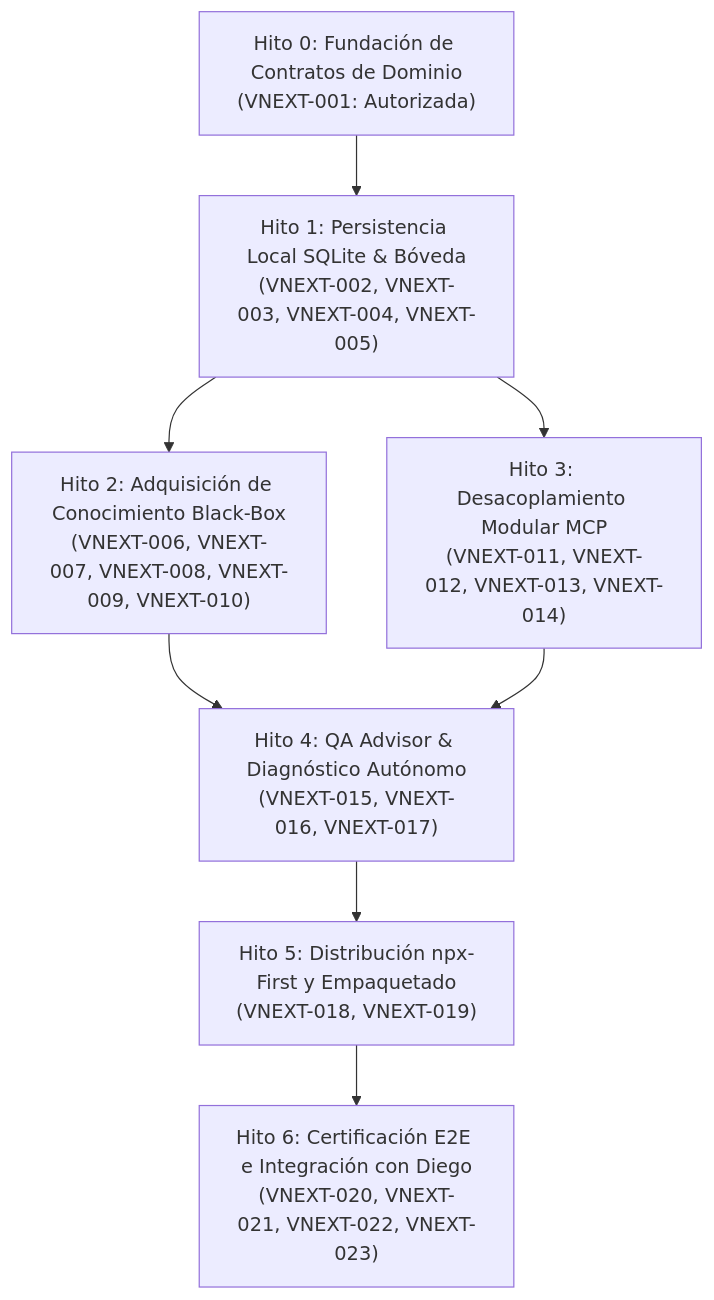
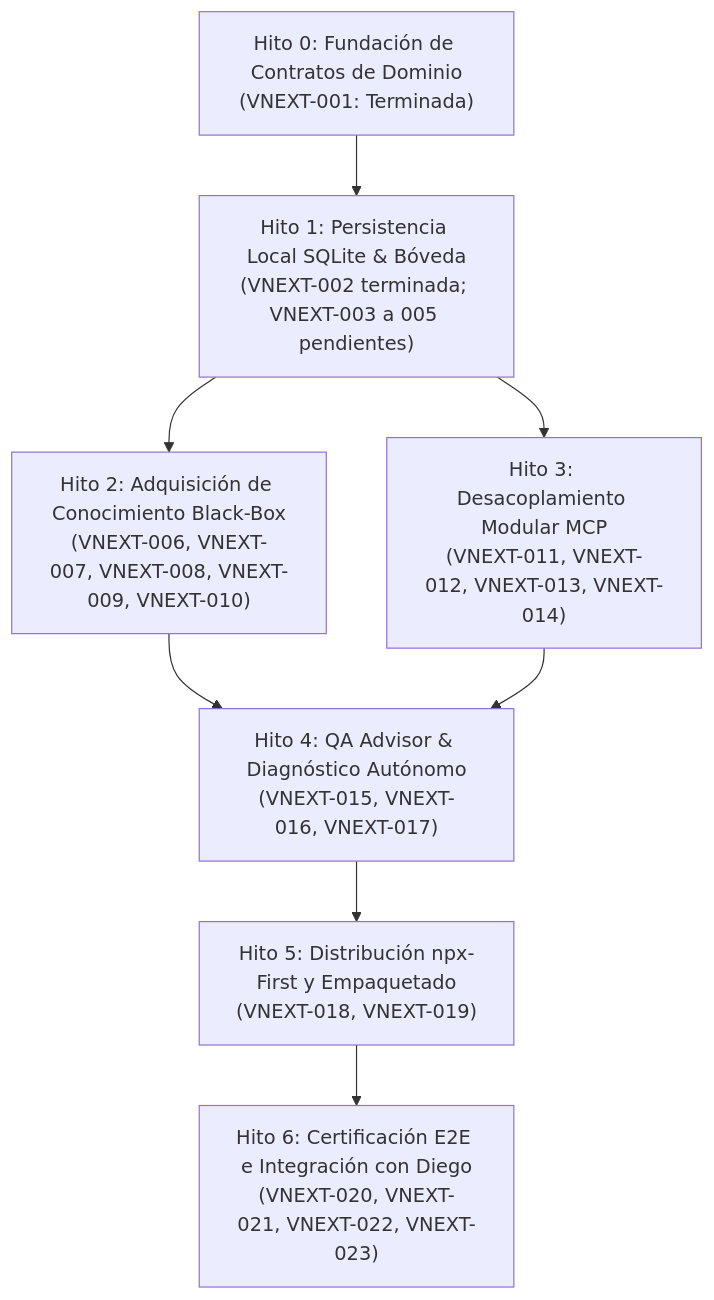
One commit to Hyouka73/QAMCP changed the diagram in docs/vnext/04_BACKLOG_Y_WBS_PRELIMINAR.md. Above: the diagram before and after it, drawn with Mermaid. The commit also changed other lines of this file and 7 other files, not shown here.

````diff
--- a/docs/vnext/04_BACKLOG_Y_WBS_PRELIMINAR.md
+++ b/docs/vnext/04_BACKLOG_Y_WBS_PRELIMINAR.md
@@ -19,10 +19,10 @@
 ```mermaid
 flowchart TD
-    H0["Hito 0: Fundación de Contratos de Dominio<br/>(VNEXT-001: Autorizada)"] --> H1["Hito 1: Persistencia Local SQLite & Bóveda<br/>(VNEXT-002, VNEXT-003, VNEXT-004, VNEXT-005)"]
+    H0["Hito 0: Fundación de Contratos de Dominio<br/>(VNEXT-001: Terminada)"] --> H1["Hito 1: Persistencia Local SQLite & Bóveda<br/>(VNEXT-002 terminada; VNEXT-003 a 005 pendientes)"]
     H1 --> H2["Hito 2: Adquisición de Conocimiento Black-Box<br/>(VNEXT-006, VNEXT-007, VNEXT-008, VNEXT-009, VNEXT-010)"]
     H1 --> H3["Hito 3: Desacoplamiento Modular MCP<br/>(VNEXT-011, VNEXT-012, VNEXT-013, VNEXT-014)"]
     H2 --> H4["Hito 4: QA Advisor & Diagnóstico Autónomo<br/>(VNEXT-015, VNEXT-016, VNEXT-017)"]
     H3 --> H4
     H4 --> H5["Hito 5: Distribución npx-First y Empaquetado<br/>(VNEXT-018, VNEXT-019)"]
     H5 --> H6["Hito 6: Certificación E2E e Integración con Diego<br/>(VNEXT-020, VNEXT-021, VNEXT-022, VNEXT-023)"]
 ```
````
